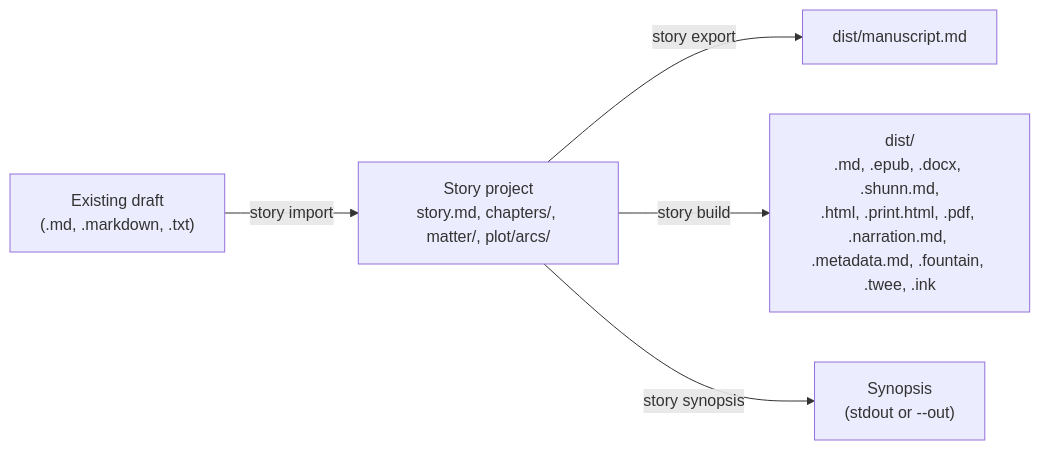
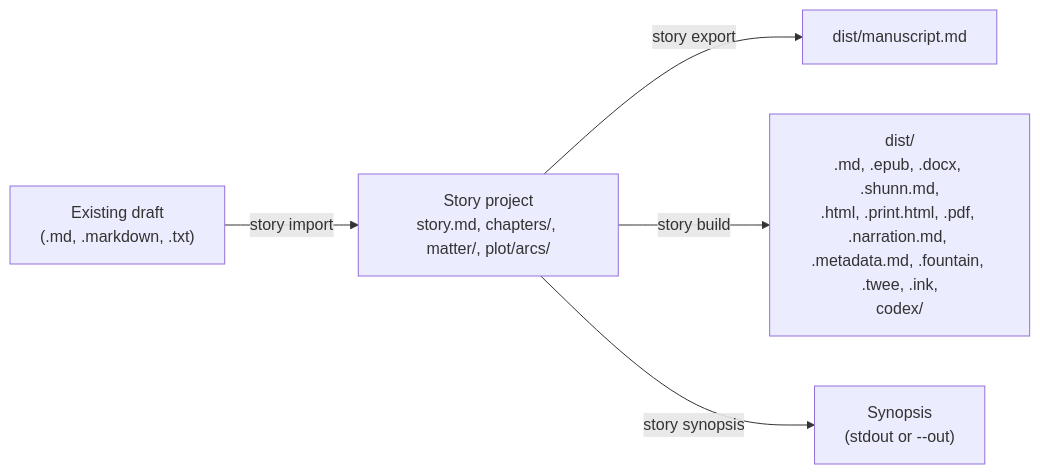
Before and after one commit to danjdewhurst/story-skills: the diagram in docs/manuscripts.md, drawn with Mermaid. The commit also changed other lines of this file and 16 other files, not shown here.

First line of the commit message:
feat: build --format codex for a static story-bible site

````diff
--- a/docs/manuscripts.md
+++ b/docs/manuscripts.md
@@ -29,7 +29,7 @@
 ```mermaid
 flowchart LR
   draft["Existing draft<br/>(.md, .markdown, .txt)"] -->|story import| project["Story project<br/>story.md, chapters/, matter/, plot/arcs/"]
   project -->|story export| manuscript["dist/manuscript.md"]
-  project -->|story build| dist["dist/<br/>.md, .epub, .docx, .shunn.md,<br/>.html, .print.html, .pdf, .narration.md, .metadata.md, .fountain, .twee, .ink"]
+  project -->|story build| dist["dist/<br/>.md, .epub, .docx, .shunn.md,<br/>.html, .print.html, .pdf, .narration.md, .metadata.md, .fountain, .twee, .ink,<br/>codex/"]
   project -->|story synopsis| synopsis["Synopsis<br/>(stdout or --out)"]
 ```
````
